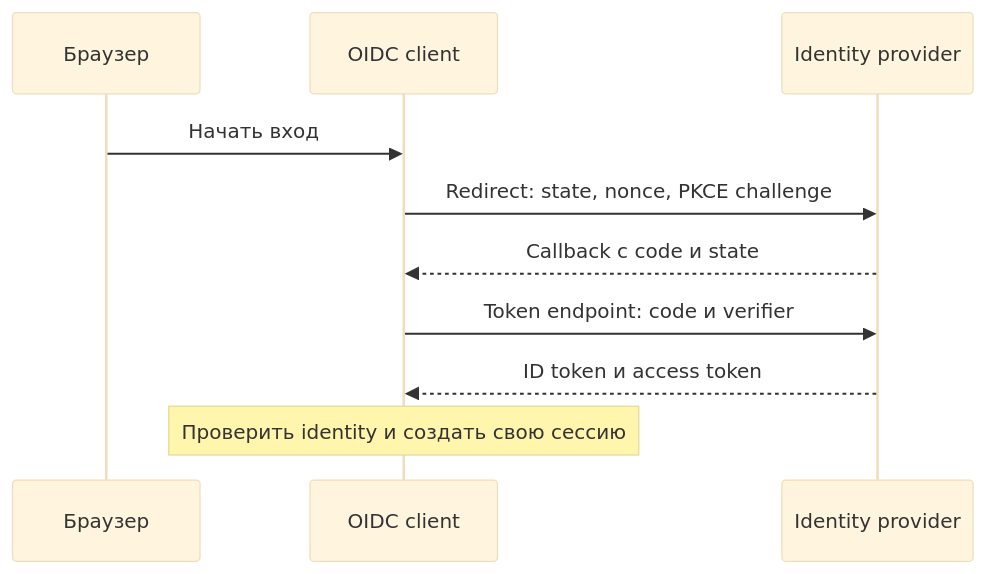
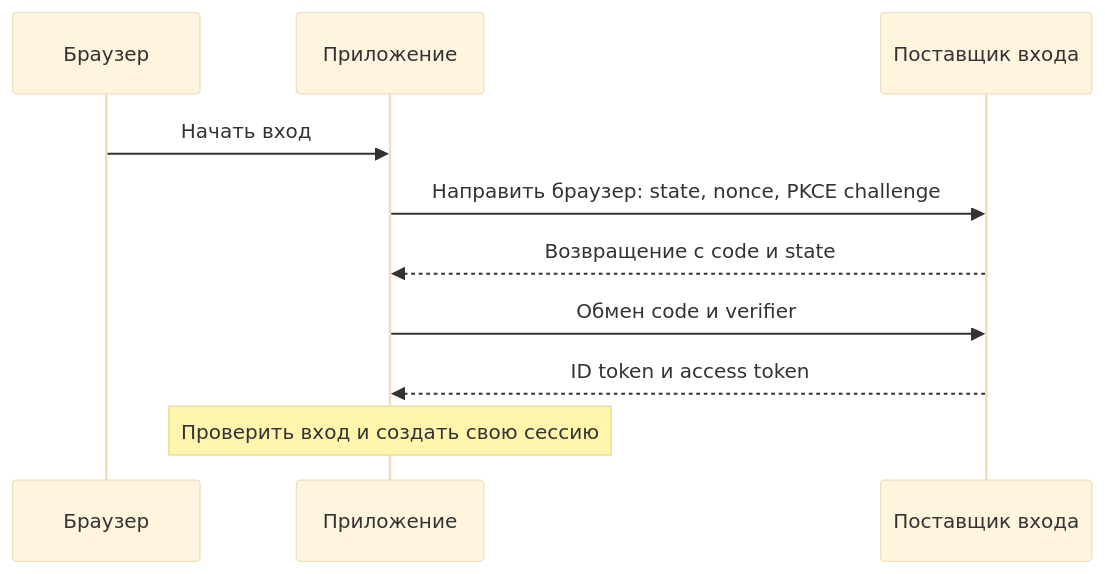
Before and after one commit to leary1337/vault: the diagram in docs/security/oauth2-and-oidc.md, drawn with Mermaid (base theme). The commit also changed other lines of this file and 325 other files, not shown here.

````diff
--- a/docs/security/oauth2-and-oidc.md
+++ b/docs/security/oauth2-and-oidc.md
@@ -55,12 +48,12 @@
 ```mermaid
 sequenceDiagram
  participant B as Браузер
- participant C as OIDC client
- participant I as Identity provider
+ participant C as Приложение
+ participant I as Поставщик входа
  B->>C: Начать вход
- C->>I: Redirect: state, nonce, PKCE challenge
- I-->>C: Callback с code и state
- C->>I: Token endpoint: code и verifier
+ C->>I: Направить браузер: state, nonce, PKCE challenge
+ I-->>C: Возвращение с code и state
+ C->>I: Обмен code и verifier
  I-->>C: ID token и access token
- Note over C: Проверить identity и создать свою сессию
+ Note over C: Проверить вход и создать свою сессию
 ```
````
